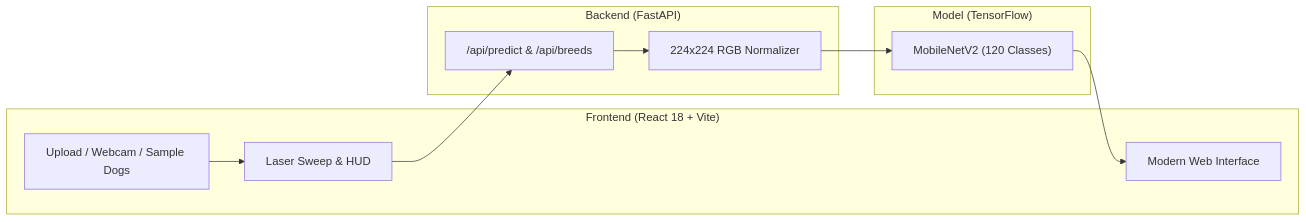
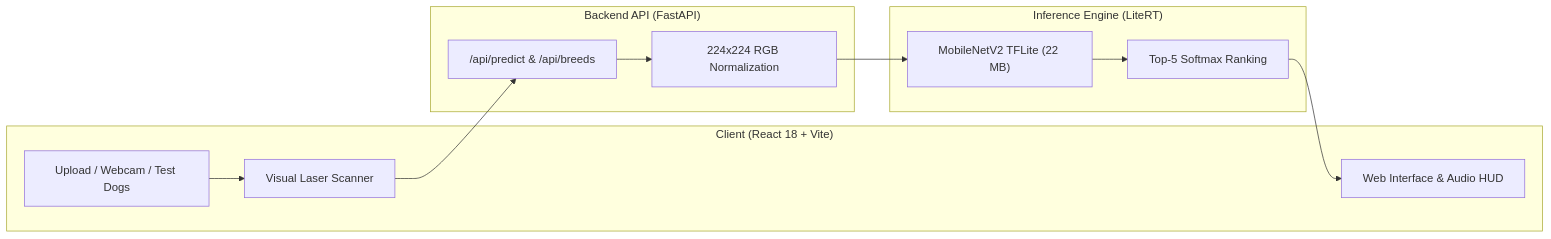
The diagram in README.md (202451125/Dog-breed-classification), drawn with Mermaid before and after one commit. The commit also changed other lines of this file and 8 other files, not shown here.

````diff
--- a/README.md
+++ b/README.md
@@ -36,21 +56,22 @@
 ```mermaid
 flowchart LR
-    subgraph Frontend ["Frontend (React 18 + Vite)"]
-        UI["Modern Web Interface"]
-        Input["Upload / Webcam / Sample Dogs"]
-        Scan["Laser Sweep & HUD"]
+    subgraph Client ["Client (React 18 + Vite)"]
+        UI["Web Interface & Audio HUD"]
+        Input["Upload / Webcam / Test Dogs"]
+        Laser["Visual Laser Scanner"]
     end
 
-    subgraph Backend ["Backend (FastAPI)"]
-        API["/api/predict & /api/breeds"]
-        Pre["224x224 RGB Normalizer"]
+    subgraph Backend ["Backend API (FastAPI)"]
+        Routes["/api/predict & /api/breeds"]
+        Pre["224x224 RGB Normalization"]
     end
 
-    subgraph ML ["Model (TensorFlow)"]
-        TF["MobileNetV2 (120 Classes)"]
+    subgraph Engine ["Inference Engine (LiteRT)"]
+        Model["MobileNetV2 TFLite (22 MB)"]
+        Top5["Top-5 Softmax Ranking"]
     end
 
-    Input --> Scan --> API
-    API --> Pre --> TF
-    TF --> UI
+    Input --> Laser --> Routes
+    Routes --> Pre --> Model
+    Model --> Top5 --> UI
 ```
````
